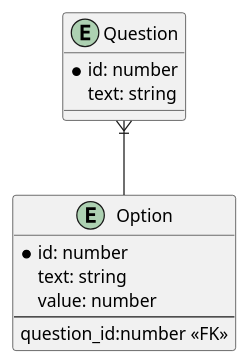
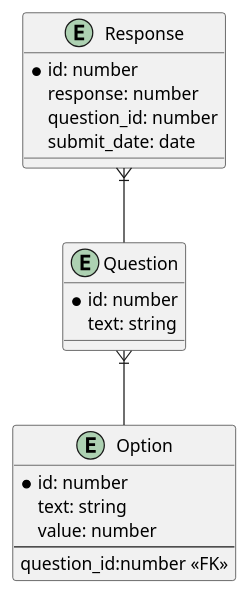
Before and after one commit to raghav19897/feedback: the diagram in docs/domain.puml, drawn with PlantUML. The commit also changed 10 other files, not shown here.

```diff
--- a/docs/domain.puml
+++ b/docs/domain.puml
@@ -1,17 +1,24 @@
 @startuml
 entity "Question" as question {
   *id: number
   text: string
 
 }
 
 entity "Option" as option {
   *id: number
   text: string
   value: number
   ---
   question_id:number <<FK>>
 }
 
+entity "Response" as response {
+  *id: number
+  response: number
+  question_id: number
+  submit_date: date
+}
 question }|-- option
+response }|-- question
 @enduml
```
